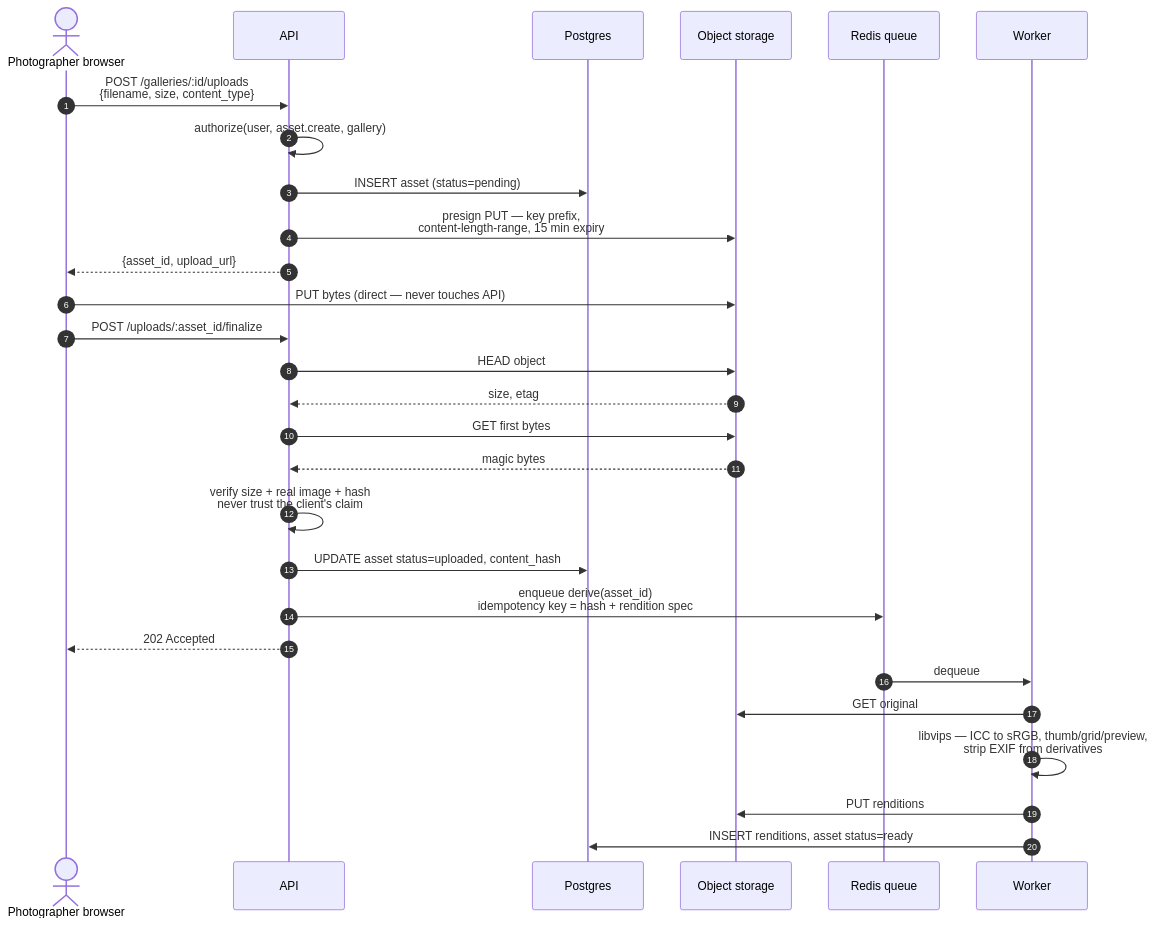
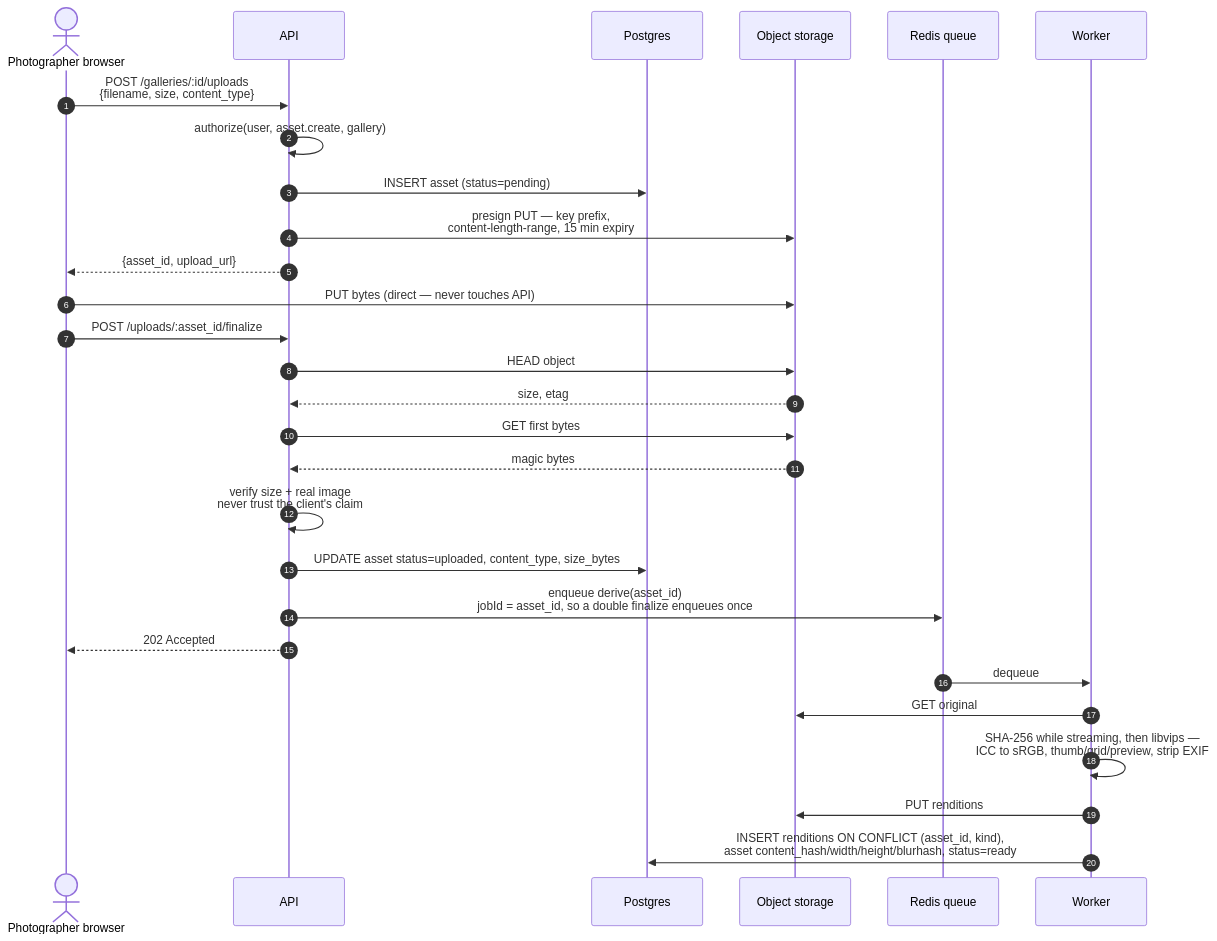
One commit to RaresPetrisor22/pixhaus changed the third of 5 diagrams in docs/architecture.md. Above: the diagram before and after it, drawn with Mermaid. The commit also changed other lines of this file and 6 other files, not shown here.

Commit message:
update readme and architecture with new api endpoints, integrate redis and minio in the CI check, add adr 0004 regarding job queue renditions.

````diff
--- a/docs/architecture.md
+++ b/docs/architecture.md
@@ -160,34 +160,34 @@
 ```mermaid
 sequenceDiagram
     autonumber
     actor PH as Photographer browser
     participant API
     participant PG as Postgres
     participant OBJ as Object storage
     participant Q as Redis queue
     participant WK as Worker
 
     PH->>API: POST /galleries/:id/uploads<br/>{filename, size, content_type}
     API->>API: authorize(user, asset.create, gallery)
     API->>PG: INSERT asset (status=pending)
     API->>OBJ: presign PUT — key prefix,<br/>content-length-range, 15 min expiry
     API-->>PH: {asset_id, upload_url}
 
     PH->>OBJ: PUT bytes (direct — never touches API)
 
     PH->>API: POST /uploads/:asset_id/finalize
     API->>OBJ: HEAD object
     OBJ-->>API: size, etag
     API->>OBJ: GET first bytes
     OBJ-->>API: magic bytes
-    API->>API: verify size + real image + hash<br/>never trust the client's claim
-    API->>PG: UPDATE asset status=uploaded, content_hash
-    API->>Q: enqueue derive(asset_id)<br/>idempotency key = hash + rendition spec
+    API->>API: verify size + real image<br/>never trust the client's claim
+    API->>PG: UPDATE asset status=uploaded, content_type, size_bytes
+    API->>Q: enqueue derive(asset_id)<br/>jobId = asset_id, so a double finalize enqueues once
     API-->>PH: 202 Accepted
 
     Q->>WK: dequeue
     WK->>OBJ: GET original
-    WK->>WK: libvips — ICC to sRGB, thumb/grid/preview,<br/>strip EXIF from derivatives
+    WK->>WK: SHA-256 while streaming, then libvips —<br/>ICC to sRGB, thumb/grid/preview, strip EXIF
     WK->>OBJ: PUT renditions
-    WK->>PG: INSERT renditions, asset status=ready
+    WK->>PG: INSERT renditions ON CONFLICT (asset_id, kind),<br/>asset content_hash/width/height/blurhash, status=ready
 ```
````
